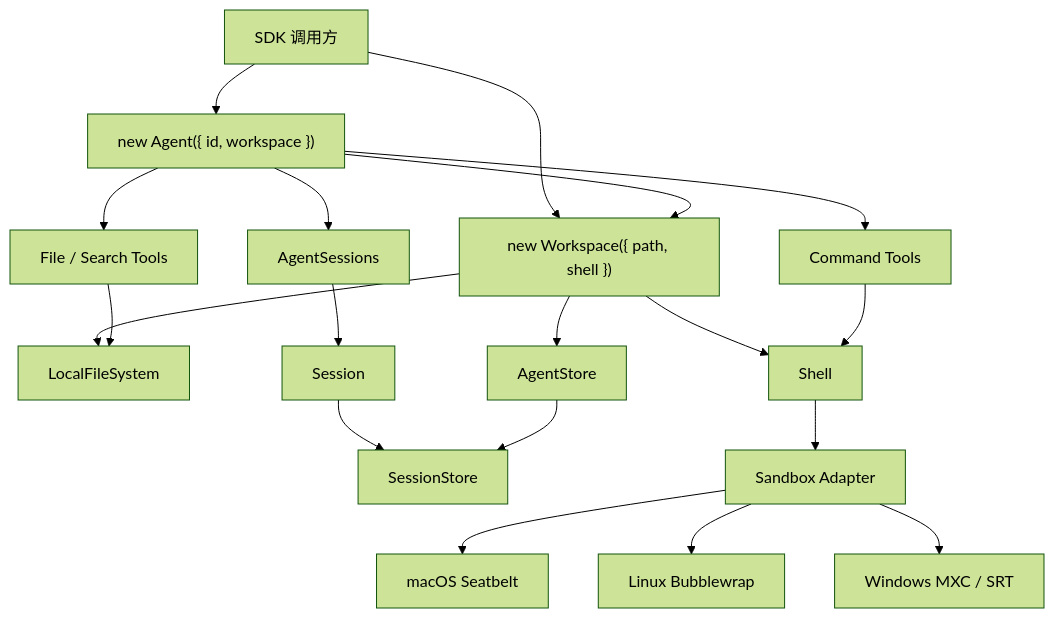
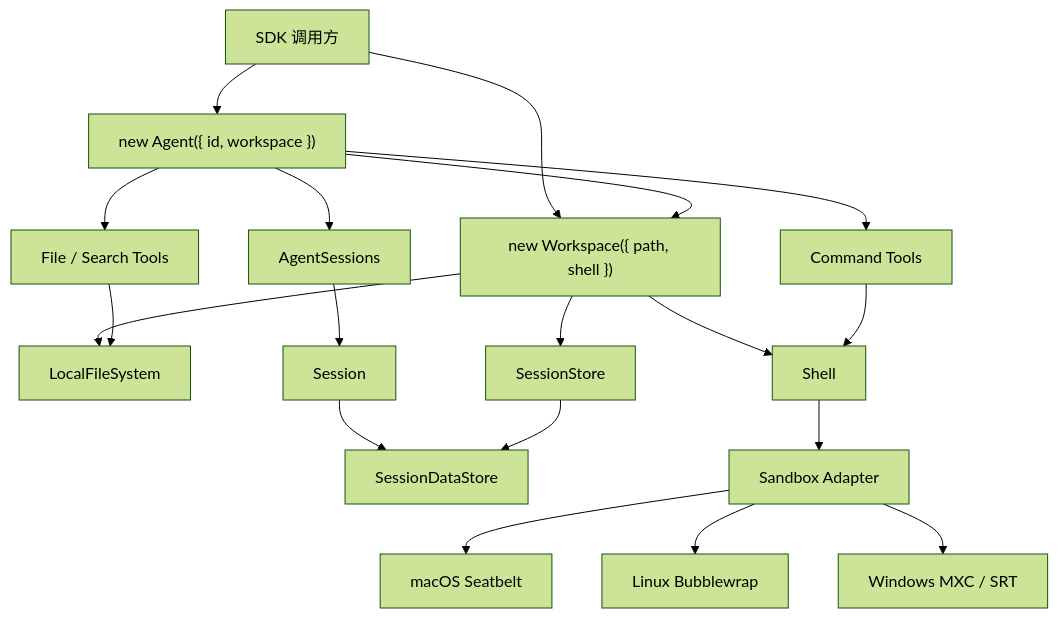
Before and after one commit to genesiscosmos/downcity: the first of 2 diagrams in docs/agent-runtime-architecture.md, drawn with Mermaid (forest theme). The commit also changed other lines of this file and 113 other files, not shown here.

````diff
--- a/docs/agent-runtime-architecture.md
+++ b/docs/agent-runtime-architecture.md
@@ -239,25 +239,25 @@
 ```mermaid
 flowchart TD
     App["SDK 调用方"] --> Workspace["new Workspace({ path, shell })"]
     App --> Agent["new Agent({ id, workspace })"]
     Agent --> Workspace
     Workspace --> Files["LocalFileSystem"]
     Workspace --> Shell["Shell"]
-    Workspace --> Store["AgentStore"]
+    Workspace --> Store["SessionStore"]
     Agent --> Sessions["AgentSessions"]
 
     Sessions --> Session["Session"]
-    Session --> SessionStore["SessionStore"]
-    Store --> SessionStore
+    Session --> SessionDataStore["SessionDataStore"]
+    Store --> SessionDataStore
 
     Agent --> FileTools["File / Search Tools"]
     FileTools --> Files
 
     Agent --> ShellTools["Command Tools"]
     ShellTools --> Shell
     Shell --> Sandbox["Sandbox Adapter"]
 
     Sandbox --> Mac["macOS Seatbelt"]
     Sandbox --> Linux["Linux Bubblewrap"]
     Sandbox --> Windows["Windows MXC / SRT"]
 ```
````
